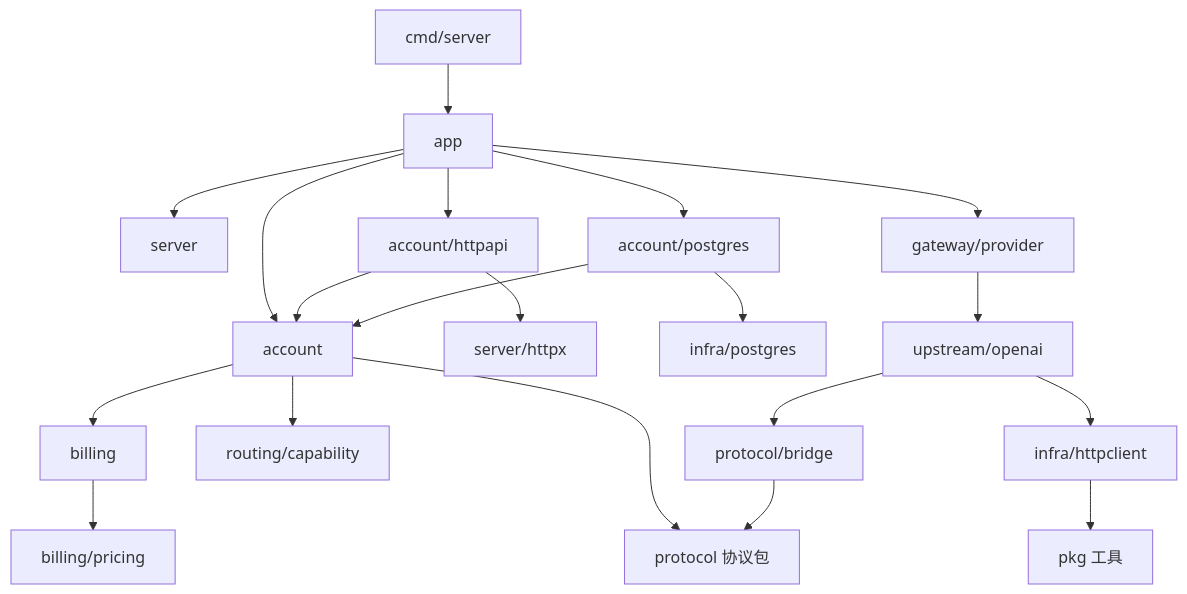
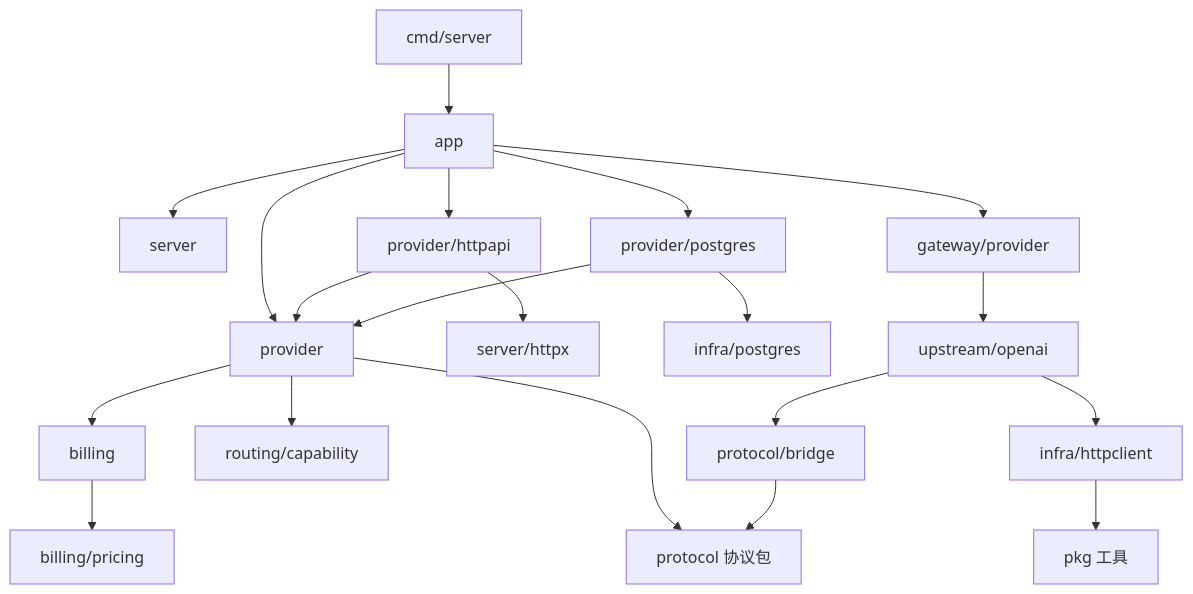
Before and after one commit to SHLE1/TokenRouter: the first of 4 diagrams in docs/architecture/backend_modules.md, drawn with Mermaid. The commit also changed other lines of this file and 4218 other files, not shown here.

````diff
--- a/docs/architecture/backend_modules.md
+++ b/docs/architecture/backend_modules.md
@@ -313,22 +313,22 @@
 ```mermaid
 flowchart TB
     cmd["cmd/server"] --> app["app"]
     app --> server["server"]
-    app --> http["account/httpapi"]
-    app --> store["account/postgres"]
-    app --> core["account"]
+    app --> http["provider/httpapi"]
+    app --> store["provider/postgres"]
+    app --> core["provider"]
     http --> core
     http --> httpx["server/httpx"]
     store --> core
     store --> pg["infra/postgres"]
     core --> billing["billing"]
     billing --> price["billing/pricing"]
     core --> policy["routing/capability"]
     core --> values["protocol 协议包"]
     app --> adapter["gateway/provider"]
     adapter --> up["upstream/openai"]
     up --> bridge["protocol/bridge"]
     up --> net["infra/httpclient"]
     bridge --> values
     net --> util["pkg 工具"]
 ```
````
